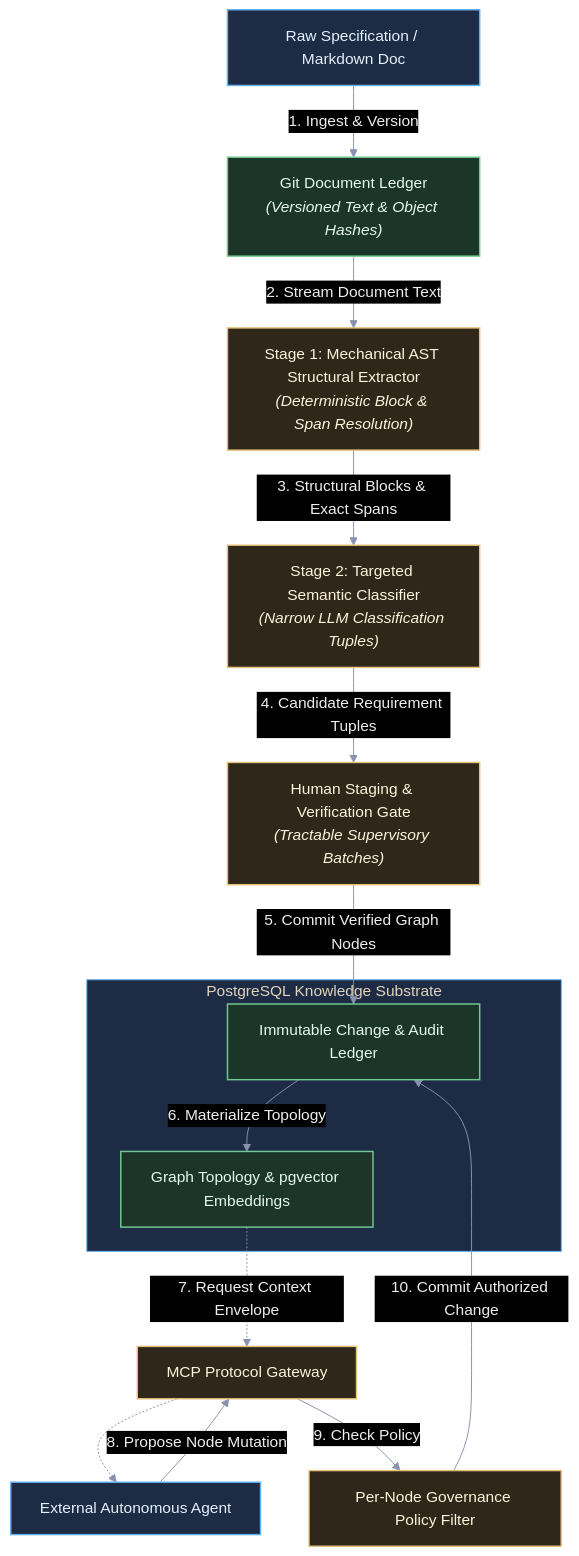
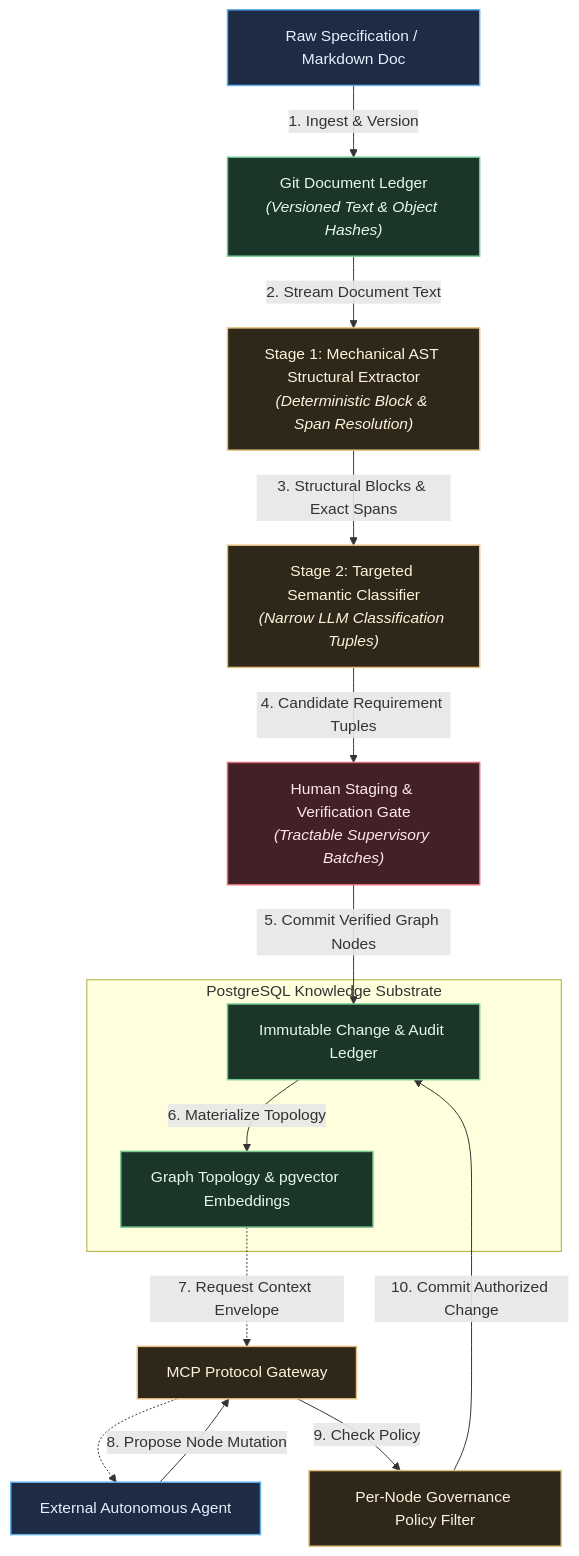
One commit to Shapedsundew9/tks changed the third of 4 diagrams in docs/vision/vision.md. Above: the diagram before and after it, drawn with Mermaid. The commit also changed other lines of this file and 8 other files, not shown here.

````diff
--- a/docs/vision/vision.md
+++ b/docs/vision/vision.md
@@ -171,56 +191,64 @@
 ```mermaid
 %%{init: {
   'theme': 'base',
   'themeVariables': {
     'darkMode': true,
     'background': '#161922',
     'mainBkg': '#1e2230',
     'nodeBorder': '#434c5e',
     'textColor': '#e2e8f0',
-    'fontFamily': 'ui-sans-serif, system-ui, sans-serif',
+    'fontFamily': 'ui-sans-serif, system-ui, -apple-system, BlinkMacSystemFont, "Segoe UI", Roboto, "Helvetica Neue", Arial, sans-serif',
+    'fontSize': '14px',
     'lineColor': '#8892b0',
     'primaryColor': '#422026',
+    'primaryTextColor': '#fde8ec',
     'primaryBorderColor': '#e06c75',
     'secondaryColor': '#1b3528',
+    'secondaryTextColor': '#e6f7ee',
     'secondaryBorderColor': '#73c991',
     'tertiaryColor': '#1d2c44',
+    'tertiaryTextColor': '#e4f0fc',
     'tertiaryBorderColor': '#61afef',
-    'gateColor': '#2e271a',
-    'gateBorder': '#e5c07b'
+    'clusterBkg': '#13161f',
+    'clusterBorder': '#373e51',
+    'noteBkgColor': '#2e271a',
+    'noteTextColor': '#fdf4db',
+    'noteBorderColor': '#e5c07b',
+    'edgeLabelBackground': '#1a1d27'
   }
 }}%%
 flowchart TD
-    classDef agent fill:#1d2c44,stroke:#61afef,stroke-width:1.5px,color:#e4f0fc;
-    classDef gate fill:#2e271a,stroke:#e5c07b,stroke-width:1.5px,color:#fdf4db;
-    classDef db fill:#1b3528,stroke:#73c991,stroke-width:1.5px,color:#e6f7ee;
+    classDef primary fill:#422026,stroke:#e06c75,stroke-width:1.5px,color:#fde8ec;
+    classDef secondary fill:#1b3528,stroke:#73c991,stroke-width:1.5px,color:#e6f7ee;
+    classDef tertiary fill:#1d2c44,stroke:#61afef,stroke-width:1.5px,color:#e4f0fc;
+    classDef note fill:#2e271a,stroke:#e5c07b,stroke-width:1.5px,color:#fdf4db;
 
-    Doc["Raw Specification / Markdown Doc"]:::agent
-    GitLedger["Git Document Ledger<br/><i>(Versioned Text & Object Hashes)</i>"]:::db
-    ASTParser["Stage 1: Mechanical AST Structural Extractor<br/><i>(Deterministic Block & Span Resolution)</i>"]:::gate
-    Classifier["Stage 2: Targeted Semantic Classifier<br/><i>(Narrow LLM Classification Tuples)</i>"]:::gate
-    HumanReview["Human Staging & Verification Gate<br/><i>(Tractable Supervisory Batches)</i>"]:::gate
+    Doc["Raw Specification / Markdown Doc"]:::tertiary
+    GitLedger["Git Document Ledger<br/><i>(Versioned Text & Object Hashes)</i>"]:::secondary
+    ASTParser["Stage 1: Mechanical AST Structural Extractor<br/><i>(Deterministic Block & Span Resolution)</i>"]:::note
+    Classifier["Stage 2: Targeted Semantic Classifier<br/><i>(Narrow LLM Classification Tuples)</i>"]:::note
+    HumanReview["Human Staging & Verification Gate<br/><i>(Tractable Supervisory Batches)</i>"]:::primary
 
     Doc -->|"1. Ingest & Version"| GitLedger
     GitLedger -->|"2. Stream Document Text"| ASTParser
     ASTParser -->|"3. Structural Blocks & Exact Spans"| Classifier
     Classifier -->|"4. Candidate Requirement Tuples"| HumanReview
 
     subgraph Core["PostgreSQL Knowledge Substrate"]
-        GraphStore["Graph Topology & pgvector Embeddings"]:::db
-        AuditTrail["Immutable Change & Audit Ledger"]:::db
+        GraphStore["Graph Topology & pgvector Embeddings"]:::secondary
+        AuditTrail["Immutable Change & Audit Ledger"]:::secondary
     end
 
     HumanReview -->|"5. Commit Verified Graph Nodes"| AuditTrail
     AuditTrail -->|"6. Materialize Topology"| GraphStore
 
-    ExtAgent["External Autonomous Agent"]:::agent
-    MCPGateway["MCP Protocol Gateway"]:::gate
-    GovCheck["Per-Node Governance Policy Filter"]:::gate
+    ExtAgent["External Autonomous Agent"]:::tertiary
+    MCPGateway["MCP Protocol Gateway"]:::note
+    GovCheck["Per-Node Governance Policy Filter"]:::note
 
     GraphStore -.->|"7. Request Context Envelope"| MCPGateway
     MCPGateway -.-> ExtAgent
     ExtAgent -->|"8. Propose Node Mutation"| MCPGateway
     MCPGateway -->|"9. Check Policy"| GovCheck
     GovCheck -->|"10. Commit Authorized Change"| AuditTrail
-
 ```
````
